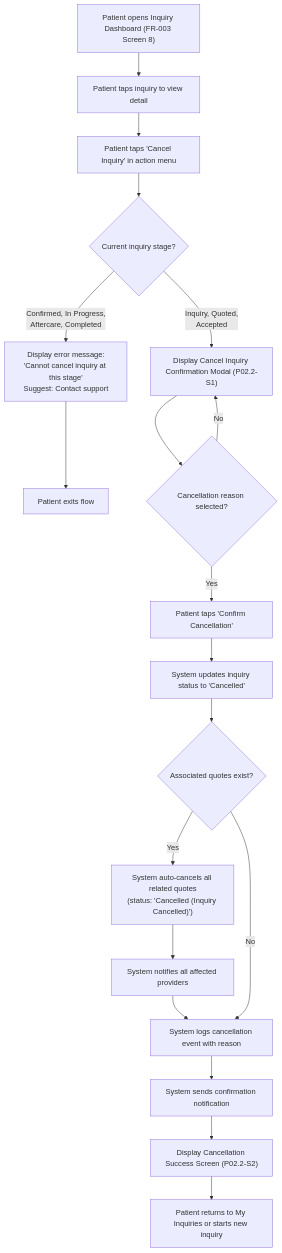
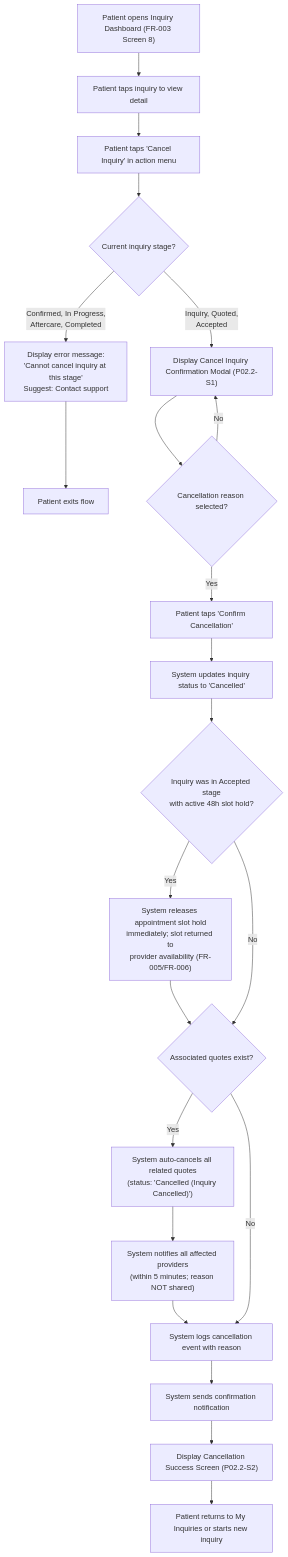
One commit to joachimtrungtuan/hairline-pm-docs changed the fifth of 15 diagrams in reports/2026-02-05/missing-mobile-flows-design-complement.md. Above: the diagram before and after it, drawn with Mermaid. The commit also changed other lines of this file and 3 other files, not shown here.

Commit message:
Update missing flows for mobile - P02.1 - 4

````diff
--- a/reports/2026-02-05/missing-mobile-flows-design-complement.md
+++ b/reports/2026-02-05/missing-mobile-flows-design-complement.md
@@ -495,27 +510,30 @@
 ```mermaid
 flowchart TD
     Start["Patient opens Inquiry Dashboard (FR-003 Screen 8)"] --> ViewDetail["Patient taps inquiry to view detail"]
     ViewDetail --> CancelOption["Patient taps 'Cancel Inquiry' in action menu"]
     CancelOption --> CheckStage{"Current inquiry stage?"}
 
     CheckStage -->|Confirmed, In Progress,<br/>Aftercare, Completed| BlockCancellation["Display error message:<br/>'Cannot cancel inquiry at this stage'<br/>Suggest: Contact support"]
     BlockCancellation --> End1["Patient exits flow"]
 
     CheckStage -->|Inquiry, Quoted,<br/>Accepted| ShowModal["Display Cancel Inquiry Confirmation Modal (P02.2-S1)"]
     ShowModal --> ReasonRequired{"Cancellation reason selected?"}
 
     ReasonRequired -->|No| ShowModal
     ReasonRequired -->|Yes| ConfirmButton["Patient taps 'Confirm Cancellation'"]
 
     ConfirmButton --> ProcessCancellation["System updates inquiry status to 'Cancelled'"]
-    ProcessCancellation --> CheckQuotes{"Associated quotes exist?"}
+    ProcessCancellation --> CheckSlotHold{"Inquiry was in Accepted stage<br/>with active 48h slot hold?"}
+    CheckSlotHold -->|Yes| ReleaseHold["System releases appointment slot hold<br/>immediately; slot returned to<br/>provider availability (FR-005/FR-006)"]
+    ReleaseHold --> CheckQuotes
+    CheckSlotHold -->|No| CheckQuotes{"Associated quotes exist?"}
 
     CheckQuotes -->|Yes| CancelQuotes["System auto-cancels all related quotes<br/>(status: 'Cancelled (Inquiry Cancelled)')"]
-    CancelQuotes --> NotifyProviders["System notifies all affected providers"]
+    CancelQuotes --> NotifyProviders["System notifies all affected providers<br/>(within 5 minutes; reason NOT shared)"]
     NotifyProviders --> LogEvent
 
     CheckQuotes -->|No| LogEvent["System logs cancellation event with reason"]
     LogEvent --> NotifyPatient["System sends confirmation notification"]
     NotifyPatient --> ShowSuccess["Display Cancellation Success Screen (P02.2-S2)"]
     ShowSuccess --> End2["Patient returns to My Inquiries or starts new inquiry"]
 ```
````
